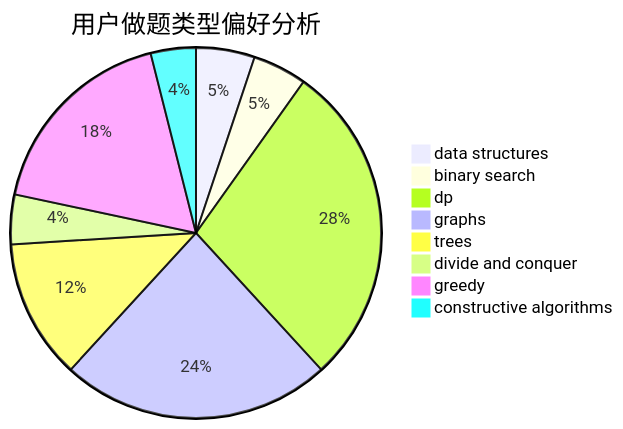
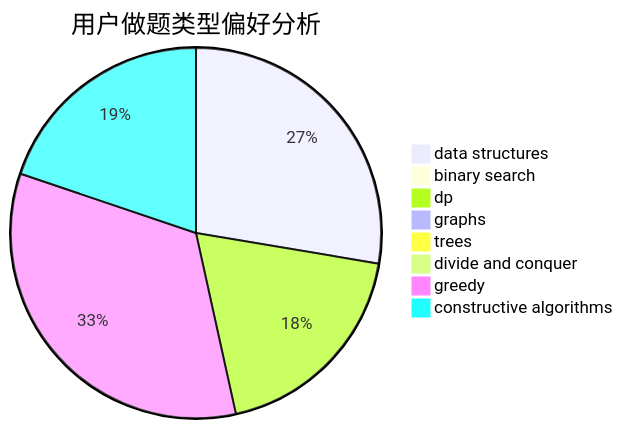
The second of 3 diagrams in docs/user/u2751.md (sherpahu/cfrs.github.io), drawn with Mermaid before and after one commit. The commit also changed other lines of this file and 2770 other files, not shown here.

````diff
--- a/docs/user/u2751.md
+++ b/docs/user/u2751.md
@@ -23,11 +23,11 @@
 ```mermaid
 pie title 用户做题类型偏好分析
-    "data structures" :  13
-    "binary search" :  12
-    "dp" :  72
-    "graphs" :  60
-    "trees" :  31
-    "divide and conquer" :  11
-    "greedy" :  45
-    "constructive algorithms" :  10
+    "data structures" :  60
+    "binary search" :  2
+    "dp" :  41
+    "graphs" :  2
+    "trees" :  2
+    "divide and conquer" :  0
+    "greedy" :  73
+    "constructive algorithms" :  43
 ```
````
